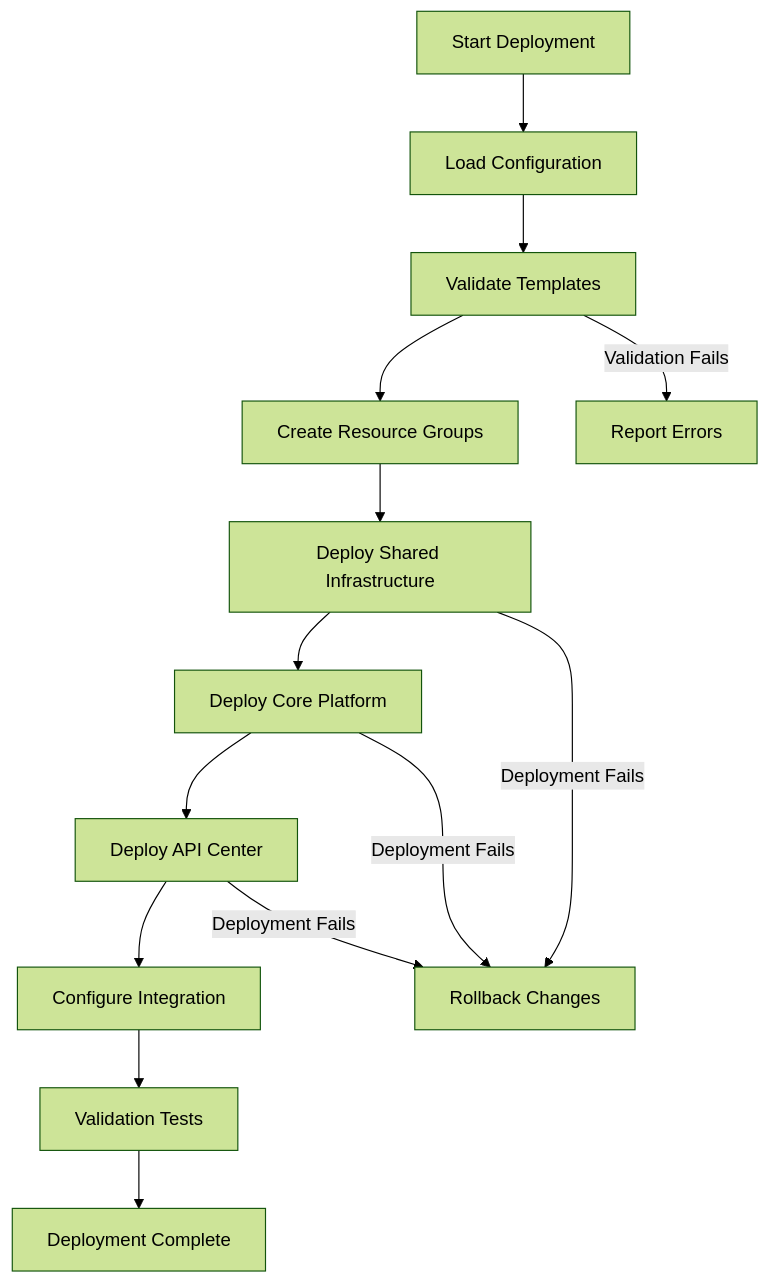
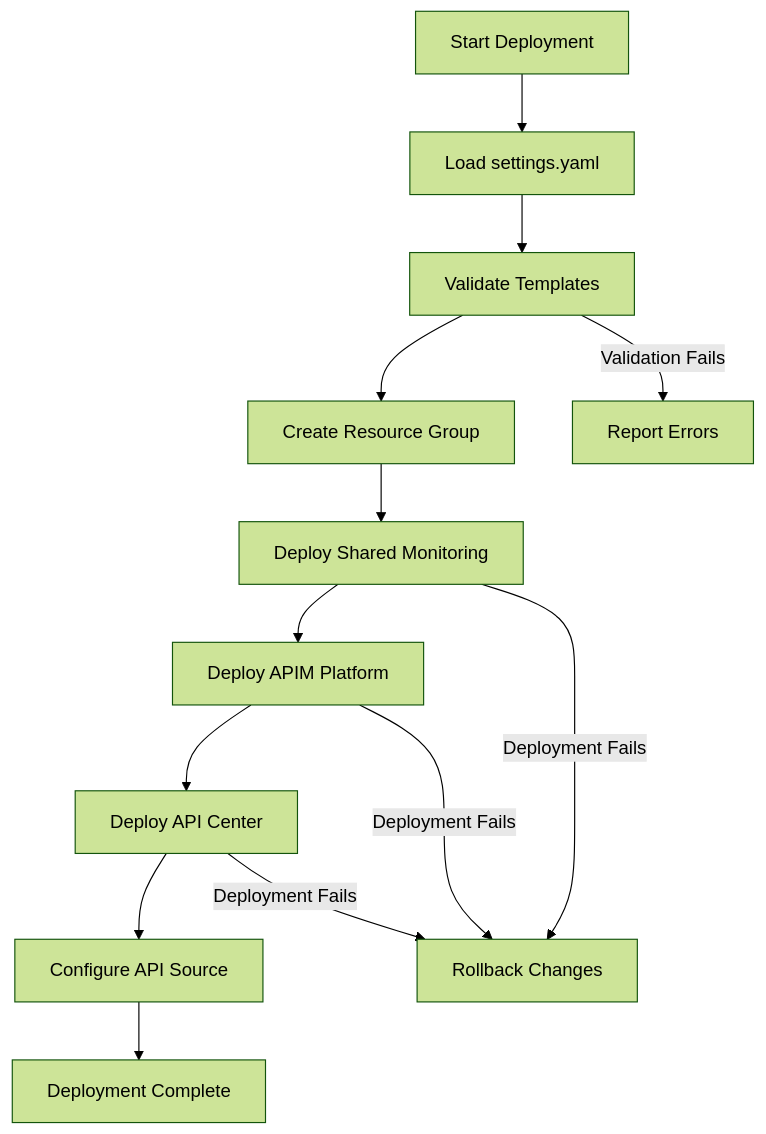
Before and after one commit to Evilazaro/APIM-Accelerator: diagram 11 of 12 in docs/architecture/overview.md, drawn with Mermaid (forest theme). The commit also changed other lines of this file and 5 other files, not shown here.

````diff
--- a/docs/architecture/overview.md
+++ b/docs/architecture/overview.md
@@ -394,17 +413,16 @@
 ```mermaid
 graph TD
-    Start[Start Deployment] --> Config[Load Configuration]
+    Start[Start Deployment] --> Config[Load settings.yaml]
     Config --> Validate[Validate Templates]
-    Validate --> RG[Create Resource Groups]
-    RG --> Shared[Deploy Shared Infrastructure]
-    Shared --> Core[Deploy Core Platform]
+    Validate --> RG[Create Resource Group]
+    RG --> Shared[Deploy Shared Monitoring]
+    Shared --> Core[Deploy APIM Platform]
     Core --> Inventory[Deploy API Center]
-    Inventory --> Configure[Configure Integration]
-    Configure --> Test[Validation Tests]
-    Test --> Complete[Deployment Complete]
+    Inventory --> Integration[Configure API Source]
+    Integration --> Complete[Deployment Complete]
     
     Validate --> |Validation Fails| Error[Report Errors]
     Shared --> |Deployment Fails| Rollback[Rollback Changes]
     Core --> |Deployment Fails| Rollback
     Inventory --> |Deployment Fails| Rollback
 ```
````
